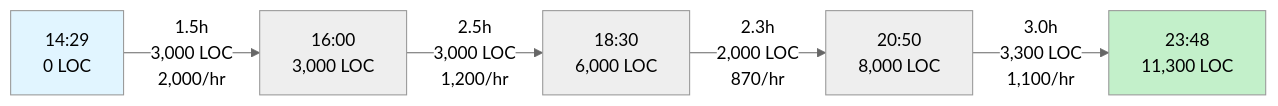
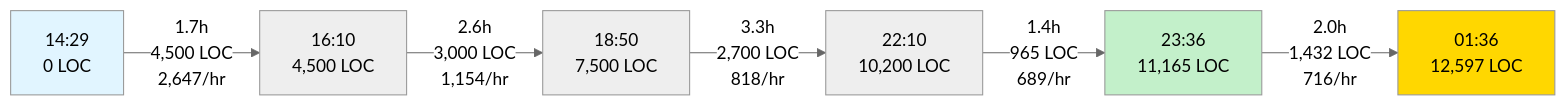
Before and after one commit to rfrowe/the_floor: the second of 10 diagrams in docs/analysis/performance-analysis.md, drawn with Mermaid (neutral theme). The commit also changed other lines of this file and 5 other files, not shown here.

First line of the commit message:
docs: complete session analysis with final metrics and DST-adjusted timeline

````diff
--- a/docs/analysis/performance-analysis.md
+++ b/docs/analysis/performance-analysis.md
@@ -109,10 +187,12 @@
 ```mermaid
 graph LR
-    A[14:29<br/>0 LOC] -->|1.5h<br/>3,000 LOC<br/>2,000/hr| B[16:00<br/>3,000 LOC]
-    B -->|2.5h<br/>3,000 LOC<br/>1,200/hr| C[18:30<br/>6,000 LOC]
-    C -->|2.3h<br/>2,000 LOC<br/>870/hr| D[20:50<br/>8,000 LOC]
-    D -->|3.0h<br/>3,300 LOC<br/>1,100/hr| E[23:48<br/>11,300 LOC]
+    A[14:29<br/>0 LOC] -->|1.7h<br/>4,500 LOC<br/>2,647/hr| B[16:10<br/>4,500 LOC]
+    B -->|2.6h<br/>3,000 LOC<br/>1,154/hr| C[18:50<br/>7,500 LOC]
+    C -->|3.3h<br/>2,700 LOC<br/>818/hr| D[22:10<br/>10,200 LOC]
+    D -->|1.4h<br/>965 LOC<br/>689/hr| E[23:36<br/>11,165 LOC]
+    E -->|2.0h<br/>1,432 LOC<br/>716/hr| F[01:36<br/>12,597 LOC]
 
     style A fill:#e1f5ff
     style E fill:#c3f0ca
+    style F fill:#ffd700
 ```
````
